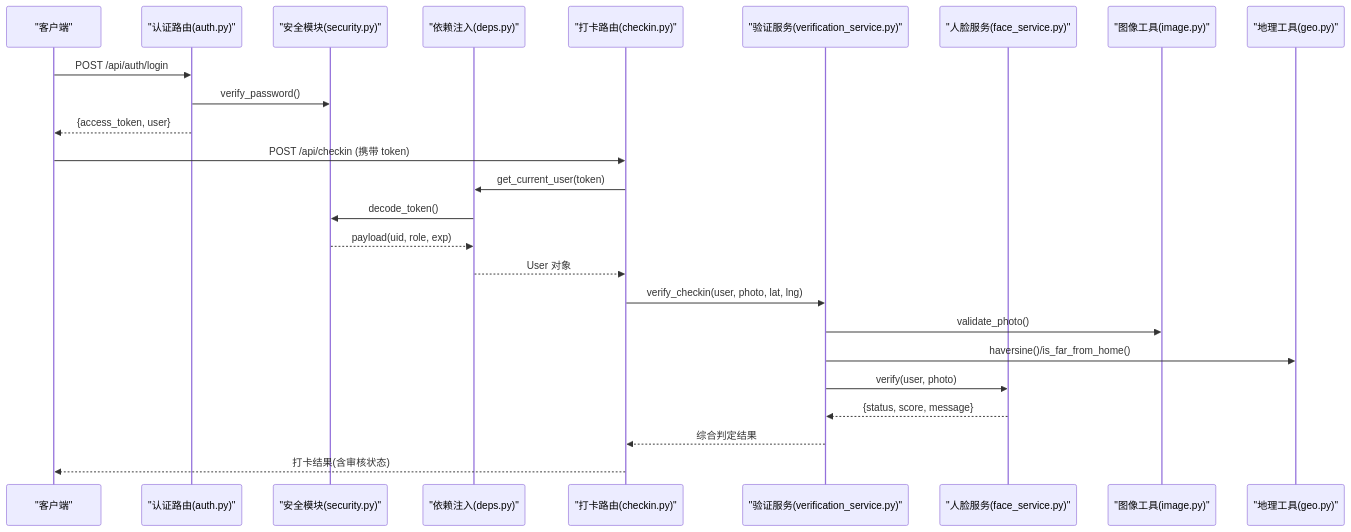
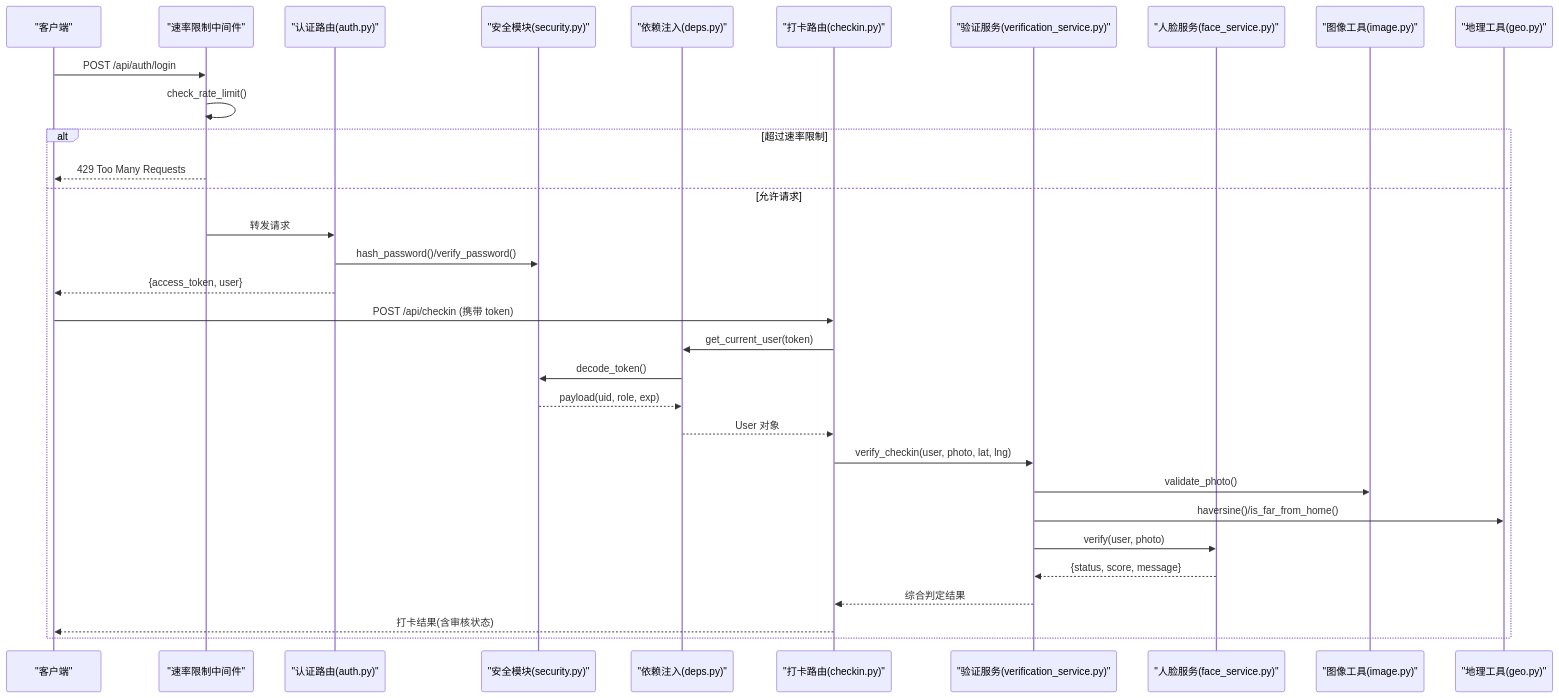
The second of 7 diagrams in .qoder/repowiki/zh/content/安全与认证机制/安全与认证机制.md (onebody/homework), drawn with Mermaid before and after one commit. The commit also changed other lines of this file and 15 other files, not shown here.

````diff
--- a/.qoder/repowiki/zh/content/安全与认证机制/安全与认证机制.md
+++ b/.qoder/repowiki/zh/content/安全与认证机制/安全与认证机制.md
@@ -141,27 +166,34 @@
 ```mermaid
 sequenceDiagram
 participant Client as "客户端"
+participant Middleware as "速率限制中间件"
 participant AuthRouter as "认证路由(auth.py)"
 participant Security as "安全模块(security.py)"
 participant Deps as "依赖注入(deps.py)"
 participant CheckinRouter as "打卡路由(checkin.py)"
 participant VerifySvc as "验证服务(verification_service.py)"
 participant FaceSvc as "人脸服务(face_service.py)"
 participant ImageUtil as "图像工具(image.py)"
 participant GeoUtil as "地理工具(geo.py)"
-Client->>AuthRouter : POST /api/auth/login
-AuthRouter->>Security : verify_password()
+Client->>Middleware : POST /api/auth/login
+Middleware->>Middleware : check_rate_limit()
+alt 超过速率限制
+Middleware-->>Client : 429 Too Many Requests
+else 允许请求
+Middleware->>AuthRouter : 转发请求
+AuthRouter->>Security : hash_password()/verify_password()
 AuthRouter-->>Client : {access_token, user}
 Client->>CheckinRouter : POST /api/checkin (携带 token)
 CheckinRouter->>Deps : get_current_user(token)
 Deps->>Security : decode_token()
 Security-->>Deps : payload(uid, role, exp)
 Deps-->>CheckinRouter : User 对象
 CheckinRouter->>VerifySvc : verify_checkin(user, photo, lat, lng)
 VerifySvc->>ImageUtil : validate_photo()
 VerifySvc->>GeoUtil : haversine()/is_far_from_home()
 VerifySvc->>FaceSvc : verify(user, photo)
 FaceSvc-->>VerifySvc : {status, score, message}
 VerifySvc-->>CheckinRouter : 综合判定结果
 CheckinRouter-->>Client : 打卡结果(含审核状态)
+end
 ```
````
